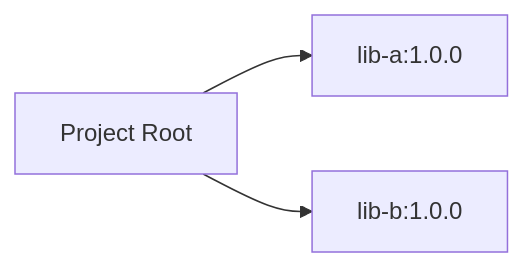
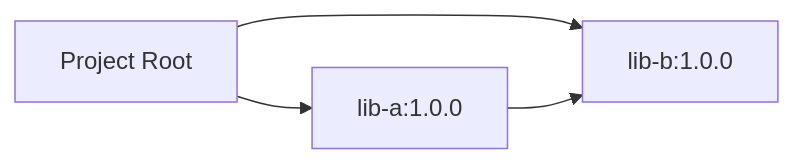
One commit to JavaDependencyHell/fieldguide changed the diagram in demos/sbt-demo/scenario-3-mgmt/guide.qmd. Above: the diagram before and after it, drawn with Mermaid. The commit also changed other lines of this file and 208 other files, not shown here.

````diff
--- a/demos/sbt-demo/scenario-3-mgmt/guide.qmd
+++ b/demos/sbt-demo/scenario-3-mgmt/guide.qmd
@@ -19,6 +20,7 @@
 ```{mermaid}
 %%| fig-width: 4.4
 graph LR
     Root[Project Root] --> LibA[lib-a:1.0.0]
     Root --> LibB[lib-b:1.0.0]
+    LibA --> LibB
 ```
````
